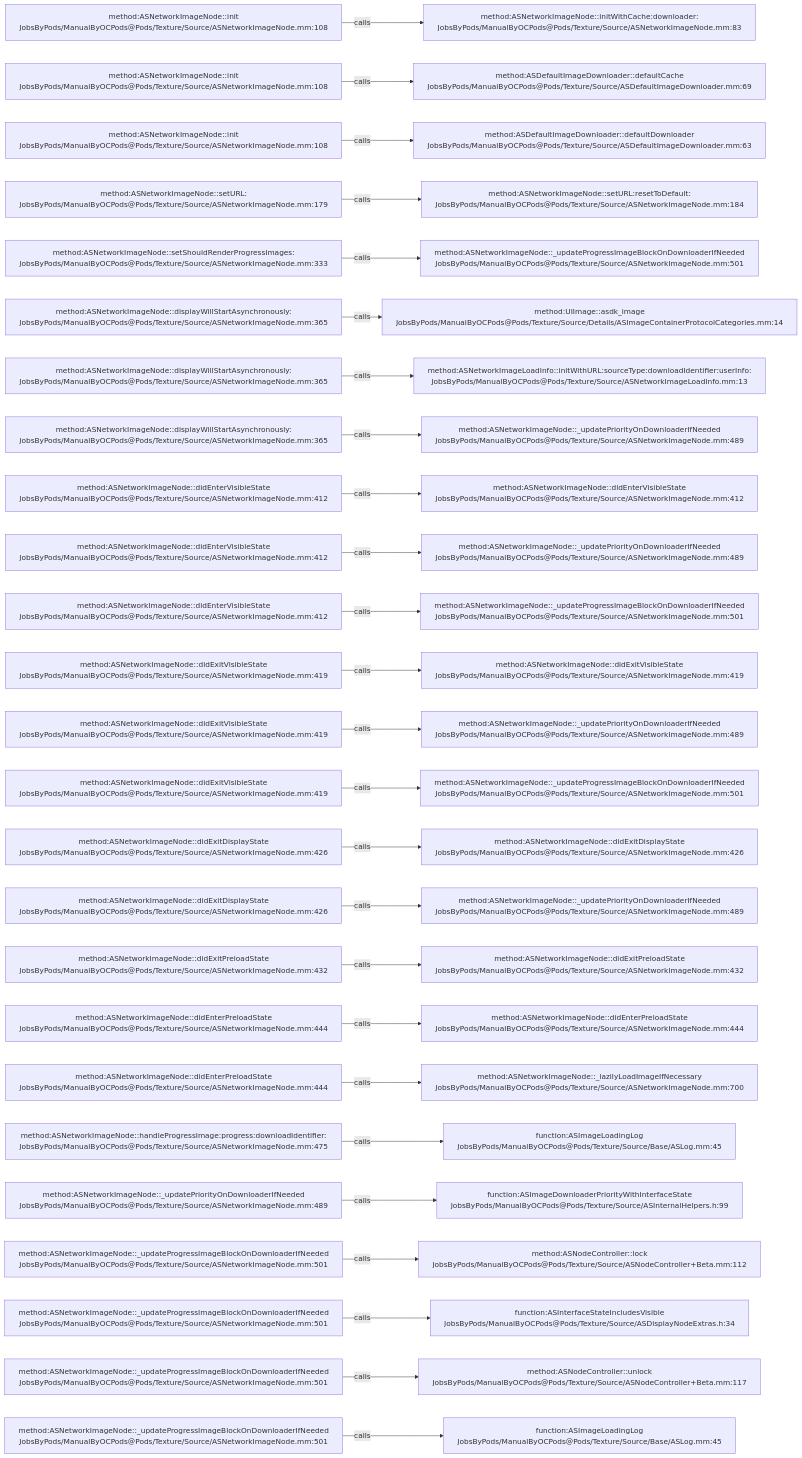
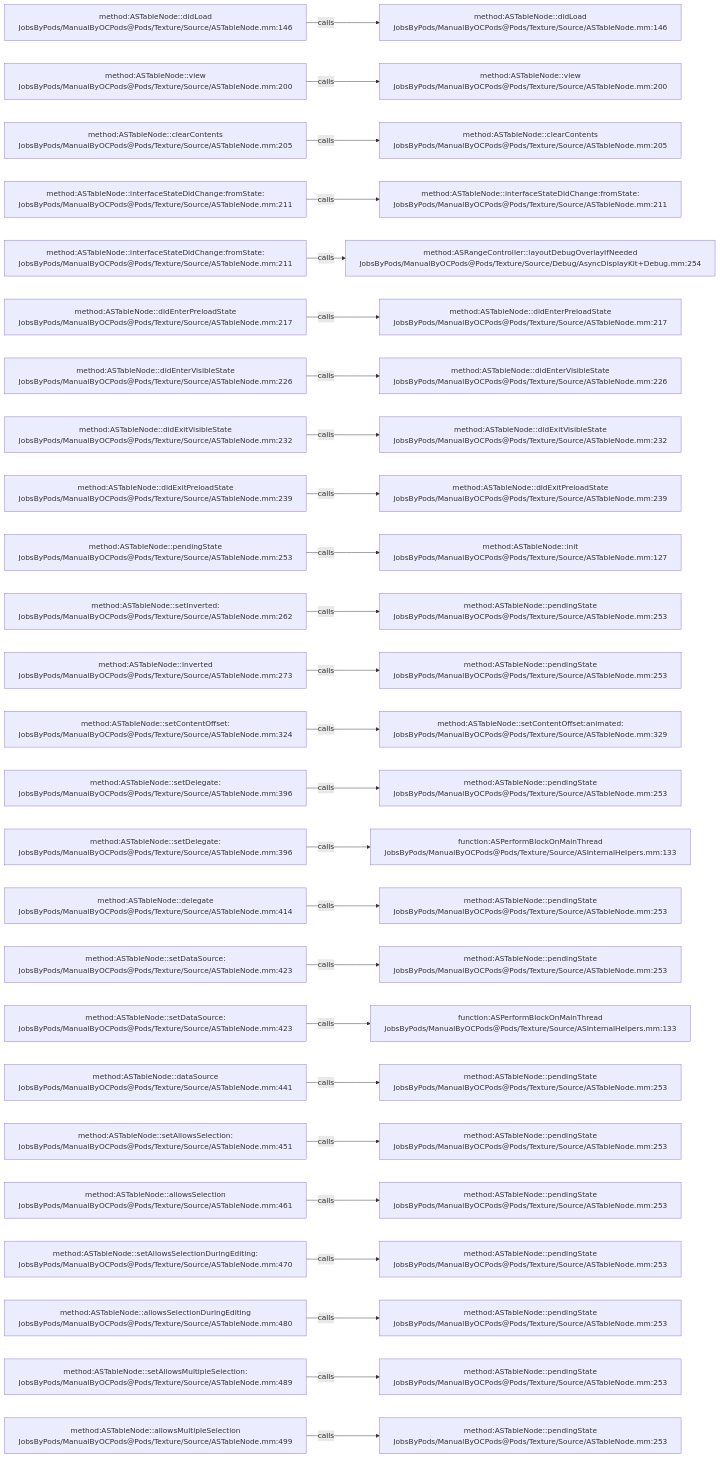
The diagram in .codegraph/codegraph.md/graphs/calls-115.md (JobsKits/JobsOCBaseConfigDemo), drawn with Mermaid before and after one commit. The commit also changed 1448 other files, not shown here.

````diff
--- a/.codegraph/codegraph.md/graphs/calls-115.md
+++ b/.codegraph/codegraph.md/graphs/calls-115.md
@@ -13,78 +13,78 @@
 ```mermaid
 flowchart LR
-  S1["method:ASNetworkImageNode::init<br/>JobsByPods/ManualByOCPods@Pods/Texture/Source/ASNetworkImageNode.mm:108"]
-  T1["method:ASNetworkImageNode::initWithCache:downloader:<br/>JobsByPods/ManualByOCPods@Pods/Texture/Source/ASNetworkImageNode.mm:83"]
+  S1["method:ASTableNode::didLoad<br/>JobsByPods/ManualByOCPods@Pods/Texture/Source/ASTableNode.mm:146"]
+  T1["method:ASTableNode::didLoad<br/>JobsByPods/ManualByOCPods@Pods/Texture/Source/ASTableNode.mm:146"]
   S1 -->|calls| T1
-  S2["method:ASNetworkImageNode::init<br/>JobsByPods/ManualByOCPods@Pods/Texture/Source/ASNetworkImageNode.mm:108"]
-  T2["method:ASDefaultImageDownloader::defaultCache<br/>JobsByPods/ManualByOCPods@Pods/Texture/Source/ASDefaultImageDownloader.mm:69"]
+  S2["method:ASTableNode::view<br/>JobsByPods/ManualByOCPods@Pods/Texture/Source/ASTableNode.mm:200"]
+  T2["method:ASTableNode::view<br/>JobsByPods/ManualByOCPods@Pods/Texture/Source/ASTableNode.mm:200"]
   S2 -->|calls| T2
-  S3["method:ASNetworkImageNode::init<br/>JobsByPods/ManualByOCPods@Pods/Texture/Source/ASNetworkImageNode.mm:108"]
-  T3["method:ASDefaultImageDownloader::defaultDownloader<br/>JobsByPods/ManualByOCPods@Pods/Texture/Source/ASDefaultImageDownloader.mm:63"]
+  S3["method:ASTableNode::clearContents<br/>JobsByPods/ManualByOCPods@Pods/Texture/Source/ASTableNode.mm:205"]
+  T3["method:ASTableNode::clearContents<br/>JobsByPods/ManualByOCPods@Pods/Texture/Source/ASTableNode.mm:205"]
   S3 -->|calls| T3
-  S4["method:ASNetworkImageNode::setURL:<br/>JobsByPods/ManualByOCPods@Pods/Texture/Source/ASNetworkImageNode.mm:179"]
-  T4["method:ASNetworkImageNode::setURL:resetToDefault:<br/>JobsByPods/ManualByOCPods@Pods/Texture/Source/ASNetworkImageNode.mm:184"]
+  S4["method:ASTableNode::interfaceStateDidChange:fromState:<br/>JobsByPods/ManualByOCPods@Pods/Texture/Source/ASTableNode.mm:211"]
+  T4["method:ASTableNode::interfaceStateDidChange:fromState:<br/>JobsByPods/ManualByOCPods@Pods/Texture/Source/ASTableNode.mm:211"]
   S4 -->|calls| T4
-  S5["method:ASNetworkImageNode::setShouldRenderProgressImages:<br/>JobsByPods/ManualByOCPods@Pods/Texture/Source/ASNetworkImageNode.mm:333"]
-  T5["method:ASNetworkImageNode::_updateProgressImageBlockOnDownloaderIfNeeded<br/>JobsByPods/ManualByOCPods@Pods/Texture/Source/ASNetworkImageNode.mm:501"]
+  S5["method:ASTableNode::interfaceStateDidChange:fromState:<br/>JobsByPods/ManualByOCPods@Pods/Texture/Source/ASTableNode.mm:211"]
+  T5["method:ASRangeController::layoutDebugOverlayIfNeeded<br/>JobsByPods/ManualByOCPods@Pods/Texture/Source/Debug/AsyncDisplayKit+Debug.mm:254"]
   S5 -->|calls| T5
-  S6["method:ASNetworkImageNode::displayWillStartAsynchronously:<br/>JobsByPods/ManualByOCPods@Pods/Texture/Source/ASNetworkImageNode.mm:365"]
-  T6["method:UIImage::asdk_image<br/>JobsByPods/ManualByOCPods@Pods/Texture/Source/Details/ASImageContainerProtocolCategories.mm:14"]
+  S6["method:ASTableNode::didEnterPreloadState<br/>JobsByPods/ManualByOCPods@Pods/Texture/Source/ASTableNode.mm:217"]
+  T6["method:ASTableNode::didEnterPreloadState<br/>JobsByPods/ManualByOCPods@Pods/Texture/Source/ASTableNode.mm:217"]
   S6 -->|calls| T6
-  S7["method:ASNetworkImageNode::displayWillStartAsynchronously:<br/>JobsByPods/ManualByOCPods@Pods/Texture/Source/ASNetworkImageNode.mm:365"]
-  T7["method:ASNetworkImageLoadInfo::initWithURL:sourceType:downloadIdentifier:userInfo:<br/>JobsByPods/ManualByOCPods@Pods/Texture/Source/ASNetworkImageLoadInfo.mm:13"]
+  S7["method:ASTableNode::didEnterVisibleState<br/>JobsByPods/ManualByOCPods@Pods/Texture/Source/ASTableNode.mm:226"]
+  T7["method:ASTableNode::didEnterVisibleState<br/>JobsByPods/ManualByOCPods@Pods/Texture/Source/ASTableNode.mm:226"]
   S7 -->|calls| T7
-  S8["method:ASNetworkImageNode::displayWillStartAsynchronously:<br/>JobsByPods/ManualByOCPods@Pods/Texture/Source/ASNetworkImageNode.mm:365"]
-  T8["method:ASNetworkImageNode::_updatePriorityOnDownloaderIfNeeded<br/>JobsByPods/ManualByOCPods@Pods/Texture/Source/ASNetworkImageNode.mm:489"]
+  S8["method:ASTableNode::didExitVisibleState<br/>JobsByPods/ManualByOCPods@Pods/Texture/Source/ASTableNode.mm:232"]
+  T8["method:ASTableNode::didExitVisibleState<br/>JobsByPods/ManualByOCPods@Pods/Texture/Source/ASTableNode.mm:232"]
   S8 -->|calls| T8
-  S9["method:ASNetworkImageNode::didEnterVisibleState<br/>JobsByPods/ManualByOCPods@Pods/Texture/Source/ASNetworkImageNode.mm:412"]
-  T9["method:ASNetworkImageNode::didEnterVisibleState<br/>JobsByPods/ManualByOCPods@Pods/Texture/Source/ASNetworkImageNode.mm:412"]
+  S9["method:ASTableNode::didExitPreloadState<br/>JobsByPods/ManualByOCPods@Pods/Texture/Source/ASTableNode.mm:239"]
+  T9["method:ASTableNode::didExitPreloadState<br/>JobsByPods/ManualByOCPods@Pods/Texture/Source/ASTableNode.mm:239"]
   S9 -->|calls| T9
-  S10["method:ASNetworkImageNode::didEnterVisibleState<br/>JobsByPods/ManualByOCPods@Pods/Texture/Source/ASNetworkImageNode.mm:412"]
-  T10["method:ASNetworkImageNode::_updatePriorityOnDownloaderIfNeeded<br/>JobsByPods/ManualByOCPods@Pods/Texture/Source/ASNetworkImageNode.mm:489"]
+  S10["method:ASTableNode::pendingState<br/>JobsByPods/ManualByOCPods@Pods/Texture/Source/ASTableNode.mm:253"]
+  T10["method:ASTableNode::init<br/>JobsByPods/ManualByOCPods@Pods/Texture/Source/ASTableNode.mm:127"]
   S10 -->|calls| T10
-  S11["method:ASNetworkImageNode::didEnterVisibleState<br/>JobsByPods/ManualByOCPods@Pods/Texture/Source/ASNetworkImageNode.mm:412"]
-  T11["method:ASNetworkImageNode::_updateProgressImageBlockOnDownloaderIfNeeded<br/>JobsByPods/ManualByOCPods@Pods/Texture/Source/ASNetworkImageNode.mm:501"]
+  S11["method:ASTableNode::setInverted:<br/>JobsByPods/ManualByOCPods@Pods/Texture/Source/ASTableNode.mm:262"]
+  T11["method:ASTableNode::pendingState<br/>JobsByPods/ManualByOCPods@Pods/Texture/Source/ASTableNode.mm:253"]
   S11 -->|calls| T11
-  S12["method:ASNetworkImageNode::didExitVisibleState<br/>JobsByPods/ManualByOCPods@Pods/Texture/Source/ASNetworkImageNode.mm:419"]
-  T12["method:ASNetworkImageNode::didExitVisibleState<br/>JobsByPods/ManualByOCPods@Pods/Texture/Source/ASNetworkImageNode.mm:419"]
+  S12["method:ASTableNode::inverted<br/>JobsByPods/ManualByOCPods@Pods/Texture/Source/ASTableNode.mm:273"]
+  T12["method:ASTableNode::pendingState<br/>JobsByPods/ManualByOCPods@Pods/Texture/Source/ASTableNode.mm:253"]
   S12 -->|calls| T12
-  S13["method:ASNetworkImageNode::didExitVisibleState<br/>JobsByPods/ManualByOCPods@Pods/Texture/Source/ASNetworkImageNode.mm:419"]
-  T13["method:ASNetworkImageNode::_updatePriorityOnDownloaderIfNeeded<br/>JobsByPods/ManualByOCPods@Pods/Texture/Source/ASNetworkImageNode.mm:489"]
+  S13["method:ASTableNode::setContentOffset:<br/>JobsByPods/ManualByOCPods@Pods/Texture/Source/ASTableNode.mm:324"]
+  T13["method:ASTableNode::setContentOffset:animated:<br/>JobsByPods/ManualByOCPods@Pods/Texture/Source/ASTableNode.mm:329"]
   S13 -->|calls| T13
-  S14["method:ASNetworkImageNode::didExitVisibleState<br/>JobsByPods/ManualByOCPods@Pods/Texture/Source/ASNetworkImageNode.mm:419"]
-  T14["method:ASNetworkImageNode::_updateProgressImageBlockOnDownloaderIfNeeded<br/>JobsByPods/ManualByOCPods@Pods/Texture/Source/ASNetworkImageNode.mm:501"]
+  S14["method:ASTableNode::setDelegate:<br/>JobsByPods/ManualByOCPods@Pods/Texture/Source/ASTableNode.mm:396"]
+  T14["method:ASTableNode::pendingState<br/>JobsByPods/ManualByOCPods@Pods/Texture/Source/ASTableNode.mm:253"]
   S14 -->|calls| T14
-  S15["method:ASNetworkImageNode::didExitDisplayState<br/>JobsByPods/ManualByOCPods@Pods/Texture/Source/ASNetworkImageNode.mm:426"]
-  T15["method:ASNetworkImageNode::didExitDisplayState<br/>JobsByPods/ManualByOCPods@Pods/Texture/Source/ASNetworkImageNode.mm:426"]
+  S15["method:ASTableNode::setDelegate:<br/>JobsByPods/ManualByOCPods@Pods/Texture/Source/ASTableNode.mm:396"]
+  T15["function:ASPerformBlockOnMainThread<br/>JobsByPods/ManualByOCPods@Pods/Texture/Source/ASInternalHelpers.mm:133"]
   S15 -->|calls| T15
-  S16["method:ASNetworkImageNode::didExitDisplayState<br/>JobsByPods/ManualByOCPods@Pods/Texture/Source/ASNetworkImageNode.mm:426"]
-  T16["method:ASNetworkImageNode::_updatePriorityOnDownloaderIfNeeded<br/>JobsByPods/ManualByOCPods@Pods/Texture/Source/ASNetworkImageNode.mm:489"]
+  S16["method:ASTableNode::delegate<br/>JobsByPods/ManualByOCPods@Pods/Texture/Source/ASTableNode.mm:414"]
+  T16["method:ASTableNode::pendingState<br/>JobsByPods/ManualByOCPods@Pods/Texture/Source/ASTableNode.mm:253"]
   S16 -->|calls| T16
-  S17["method:ASNetworkImageNode::didExitPreloadState<br/>JobsByPods/ManualByOCPods@Pods/Texture/Source/ASNetworkImageNode.mm:432"]
-  T17["method:ASNetworkImageNode::didExitPreloadState<br/>JobsByPods/ManualByOCPods@Pods/Texture/Source/ASNetworkImageNode.mm:432"]
+  S17["method:ASTableNode::setDataSource:<br/>JobsByPods/ManualByOCPods@Pods/Texture/Source/ASTableNode.mm:423"]
+  T17["method:ASTableNode::pendingState<br/>JobsByPods/ManualByOCPods@Pods/Texture/Source/ASTableNode.mm:253"]
   S17 -->|calls| T17
-  S18["method:ASNetworkImageNode::didEnterPreloadState<br/>JobsByPods/ManualByOCPods@Pods/Texture/Source/ASNetworkImageNode.mm:444"]
-  T18["method:ASNetworkImageNode::didEnterPreloadState<br/>JobsByPods/ManualByOCPods@Pods/Texture/Source/ASNetworkImageNode.mm:444"]
+  S18["method:ASTableNode::setDataSource:<br/>JobsByPods/ManualByOCPods@Pods/Texture/Source/ASTableNode.mm:423"]
+  T18["function:ASPerformBlockOnMainThread<br/>JobsByPods/ManualByOCPods@Pods/Texture/Source/ASInternalHelpers.mm:133"]
   S18 -->|calls| T18
-  S19["method:ASNetworkImageNode::didEnterPreloadState<br/>JobsByPods/ManualByOCPods@Pods/Texture/Source/ASNetworkImageNode.mm:444"]
-  T19["method:ASNetworkImageNode::_lazilyLoadImageIfNecessary<br/>JobsByPods/ManualByOCPods@Pods/Texture/Source/ASNetworkImageNode.mm:700"]
+  S19["method:ASTableNode::dataSource<br/>JobsByPods/ManualByOCPods@Pods/Texture/Source/ASTableNode.mm:441"]
+  T19["method:ASTableNode::pendingState<br/>JobsByPods/ManualByOCPods@Pods/Texture/Source/ASTableNode.mm:253"]
   S19 -->|calls| T19
-  S20["method:ASNetworkImageNode::handleProgressImage:progress:downloadIdentifier:<br/>JobsByPods/ManualByOCPods@Pods/Texture/Source/ASNetworkImageNode.mm:475"]
-  T20["function:ASImageLoadingLog<br/>JobsByPods/ManualByOCPods@Pods/Texture/Source/Base/ASLog.mm:45"]
+  S20["method:ASTableNode::setAllowsSelection:<br/>JobsByPods/ManualByOCPods@Pods/Texture/Source/ASTableNode.mm:451"]
+  T20["method:ASTableNode::pendingState<br/>JobsByPods/ManualByOCPods@Pods/Texture/Source/ASTableNode.mm:253"]
   S20 -->|calls| T20
-  S21["method:ASNetworkImageNode::_updatePriorityOnDownloaderIfNeeded<br/>JobsByPods/ManualByOCPods@Pods/Texture/Source/ASNetworkImageNode.mm:489"]
-  T21["function:ASImageDownloaderPriorityWithInterfaceState<br/>JobsByPods/ManualByOCPods@Pods/Texture/Source/ASInternalHelpers.h:99"]
+  S21["method:ASTableNode::allowsSelection<br/>JobsByPods/ManualByOCPods@Pods/Texture/Source/ASTableNode.mm:461"]
+  T21["method:ASTableNode::pendingState<br/>JobsByPods/ManualByOCPods@Pods/Texture/Source/ASTableNode.mm:253"]
   S21 -->|calls| T21
-  S22["method:ASNetworkImageNode::_updateProgressImageBlockOnDownloaderIfNeeded<br/>JobsByPods/ManualByOCPods@Pods/Texture/Source/ASNetworkImageNode.mm:501"]
-  T22["method:ASNodeController::lock<br/>JobsByPods/ManualByOCPods@Pods/Texture/Source/ASNodeController+Beta.mm:112"]
+  S22["method:ASTableNode::setAllowsSelectionDuringEditing:<br/>JobsByPods/ManualByOCPods@Pods/Texture/Source/ASTableNode.mm:470"]
+  T22["method:ASTableNode::pendingState<br/>JobsByPods/ManualByOCPods@Pods/Texture/Source/ASTableNode.mm:253"]
   S22 -->|calls| T22
-  S23["method:ASNetworkImageNode::_updateProgressImageBlockOnDownloaderIfNeeded<br/>JobsByPods/ManualByOCPods@Pods/Texture/Source/ASNetworkImageNode.mm:501"]
-  T23["function:ASInterfaceStateIncludesVisible<br/>JobsByPods/ManualByOCPods@Pods/Texture/Source/ASDisplayNodeExtras.h:34"]
+  S23["method:ASTableNode::allowsSelectionDuringEditing<br/>JobsByPods/ManualByOCPods@Pods/Texture/Source/ASTableNode.mm:480"]
+  T23["method:ASTableNode::pendingState<br/>JobsByPods/ManualByOCPods@Pods/Texture/Source/ASTableNode.mm:253"]
   S23 -->|calls| T23
-  S24["method:ASNetworkImageNode::_updateProgressImageBlockOnDownloaderIfNeeded<br/>JobsByPods/ManualByOCPods@Pods/Texture/Source/ASNetworkImageNode.mm:501"]
-  T24["method:ASNodeController::unlock<br/>JobsByPods/ManualByOCPods@Pods/Texture/Source/ASNodeController+Beta.mm:117"]
+  S24["method:ASTableNode::setAllowsMultipleSelection:<br/>JobsByPods/ManualByOCPods@Pods/Texture/Source/ASTableNode.mm:489"]
+  T24["method:ASTableNode::pendingState<br/>JobsByPods/ManualByOCPods@Pods/Texture/Source/ASTableNode.mm:253"]
   S24 -->|calls| T24
-  S25["method:ASNetworkImageNode::_updateProgressImageBlockOnDownloaderIfNeeded<br/>JobsByPods/ManualByOCPods@Pods/Texture/Source/ASNetworkImageNode.mm:501"]
-  T25["function:ASImageLoadingLog<br/>JobsByPods/ManualByOCPods@Pods/Texture/Source/Base/ASLog.mm:45"]
+  S25["method:ASTableNode::allowsMultipleSelection<br/>JobsByPods/ManualByOCPods@Pods/Texture/Source/ASTableNode.mm:499"]
+  T25["method:ASTableNode::pendingState<br/>JobsByPods/ManualByOCPods@Pods/Texture/Source/ASTableNode.mm:253"]
   S25 -->|calls| T25
 ```
````
